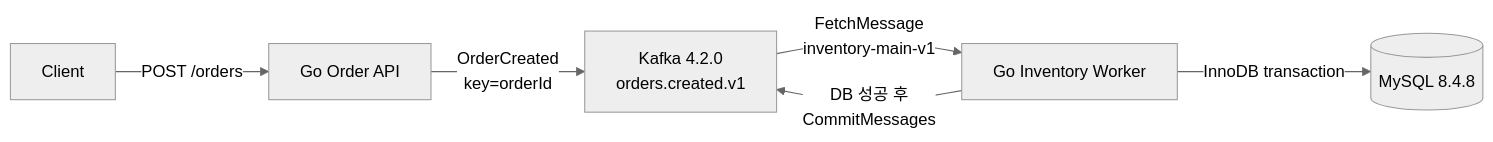
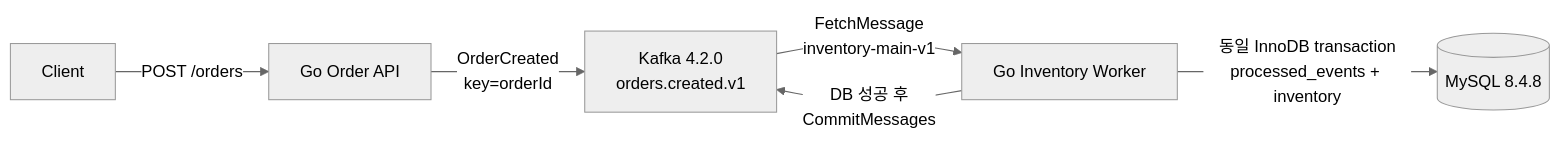
Before and after one commit to whxodus0121/kafka-recovery-lab: the diagram in README.md, drawn with Mermaid (neutral theme). The commit also changed other lines of this file and 30 other files, not shown here.

````diff
--- a/README.md
+++ b/README.md
@@ -9,8 +9,8 @@
 ```mermaid
 flowchart LR
     Client -->|POST /orders| API[Go Order API]
     API -->|OrderCreated<br/>key=orderId| Kafka[Kafka 4.2.0<br/>orders.created.v1]
     Kafka -->|FetchMessage<br/>inventory-main-v1| Worker[Go Inventory Worker]
-    Worker -->|InnoDB transaction| MySQL[(MySQL 8.4.8)]
+    Worker -->|동일 InnoDB transaction<br/>processed_events + inventory| MySQL[(MySQL 8.4.8)]
     Worker -->|DB 성공 후<br/>CommitMessages| Kafka
 ```
````
